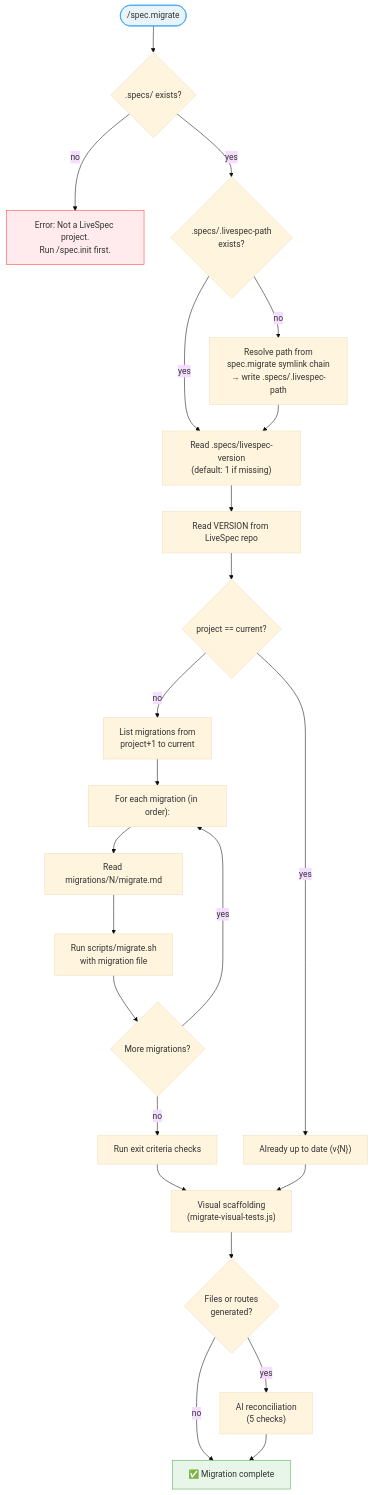
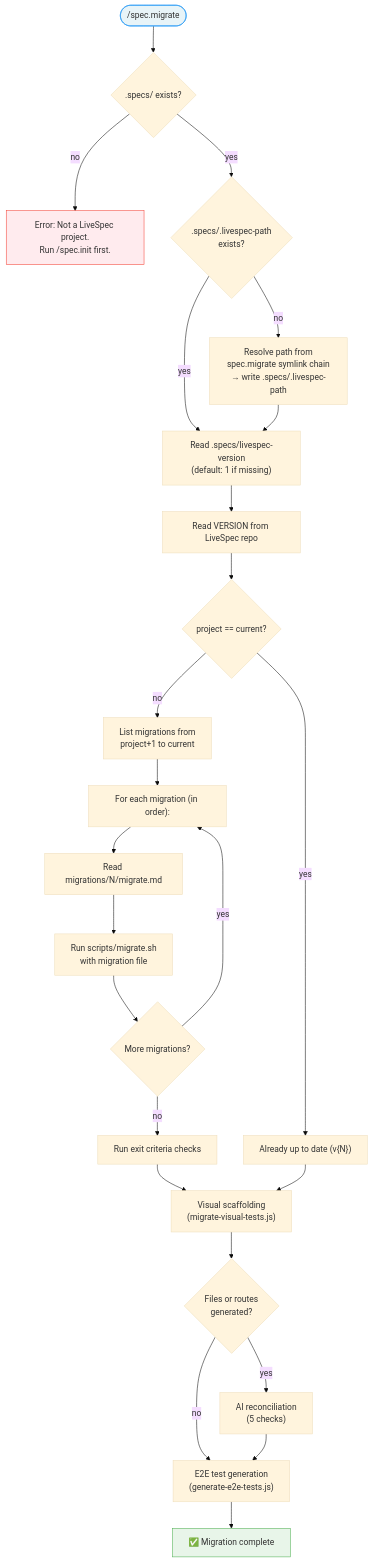
The diagram in commands/migrate.md (julien-m/livespec), drawn with Mermaid (base theme) before and after one commit. The commit also changed other lines of this file and 5 other files, not shown here.

````diff
--- a/commands/migrate.md
+++ b/commands/migrate.md
@@ -15,29 +15,30 @@
 ```mermaid
 flowchart TD
     START(["/spec.migrate"]) --> CHECK{".specs/ exists?"}
     CHECK -->|no| FAIL["Error: Not a LiveSpec project.\nRun /spec.init first."]
     CHECK -->|yes| PATH{".specs/.livespec-path\nexists?"}
     PATH -->|no| RESOLVE["Resolve path from\nspec.migrate symlink chain\n→ write .specs/.livespec-path"]
     PATH -->|yes| READ["Read .specs/livespec-version\n(default: 1 if missing)"]
     RESOLVE --> READ
     READ --> CURRENT["Read VERSION from LiveSpec repo"]
     CURRENT --> CMP{"project == current?"}
     CMP -->|yes| UPTODATE["Already up to date (v{N})"]
     CMP -->|no| LIST["List migrations from\nproject+1 to current"]
     LIST --> LOOP["For each migration (in order):"]
     LOOP --> PARSE["Read migrations/N/migrate.md"]
     PARSE --> EXEC["Run scripts/migrate.sh\nwith migration file"]
     EXEC --> NEXT{"More migrations?"}
     NEXT -->|yes| LOOP
     NEXT -->|no| VALIDATE["Run exit criteria checks"]
     VALIDATE --> VMIGRATE["Visual scaffolding\n(migrate-visual-tests.js)"]
     UPTODATE --> VMIGRATE
     VMIGRATE --> RECONCILE{"Files or routes\ngenerated?"}
     RECONCILE -->|"yes"| AICHECK["AI reconciliation\n(5 checks)"]
-    RECONCILE -->|"no"| DONE
-    AICHECK --> DONE["✅ Migration complete"]
+    RECONCILE -->|"no"| E2EGEN
+    AICHECK --> E2EGEN["E2E test generation\n(generate-e2e-tests.js)"]
+    E2EGEN --> DONE["✅ Migration complete"]
 
     style START fill:#e8f4f8,stroke:#2196F3
     style DONE fill:#e8f5e9,stroke:#4CAF50
     style FAIL fill:#ffebee,stroke:#f44336
 ```
````
